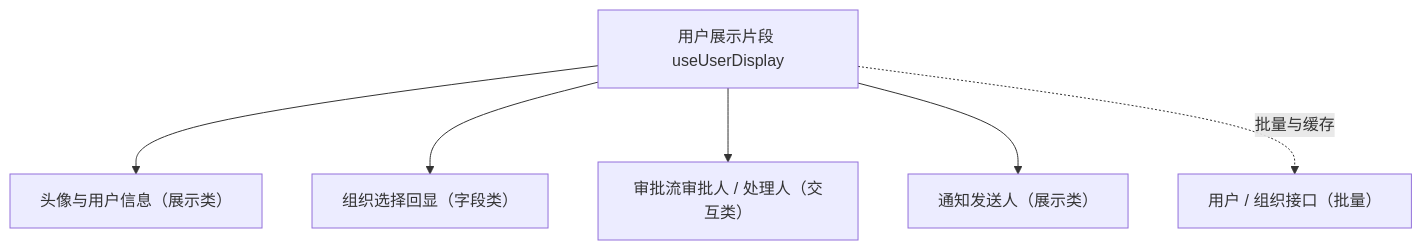
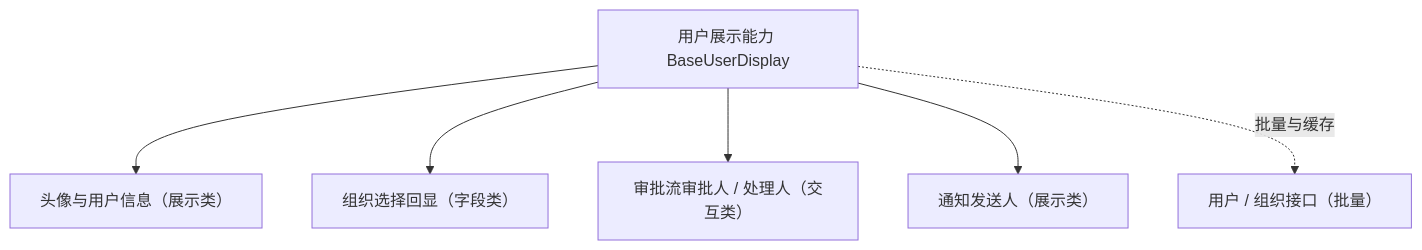
Before and after one commit to minjian123/basic-management-system: the diagram in bms文档/设计/组件设计/02_基础组件类/02_能力片段/19_组件设计_用户展示片段/19_组件设计_用户展示片段.md, drawn with Mermaid. The commit also changed other lines of this file and 49 other files, not shown here.

````diff
--- a/bms文档/设计/组件设计/02_基础组件类/02_能力片段/19_组件设计_用户展示片段/19_组件设计_用户展示片段.md
+++ b/bms文档/设计/组件设计/02_基础组件类/02_能力片段/19_组件设计_用户展示片段/19_组件设计_用户展示片段.md
@@ -15,8 +15,8 @@
 ```mermaid
 flowchart TD
-    U["用户展示片段 useUserDisplay"] --> A["头像与用户信息（展示类）"]
+    U["用户展示能力 BaseUserDisplay"] --> A["头像与用户信息（展示类）"]
     U --> O["组织选择回显（字段类）"]
     U --> W["审批流审批人 / 处理人（交互类）"]
     U --> N["通知发送人（展示类）"]
     U -. 批量与缓存 .-> API["用户 / 组织接口（批量）"]
 ```
````
